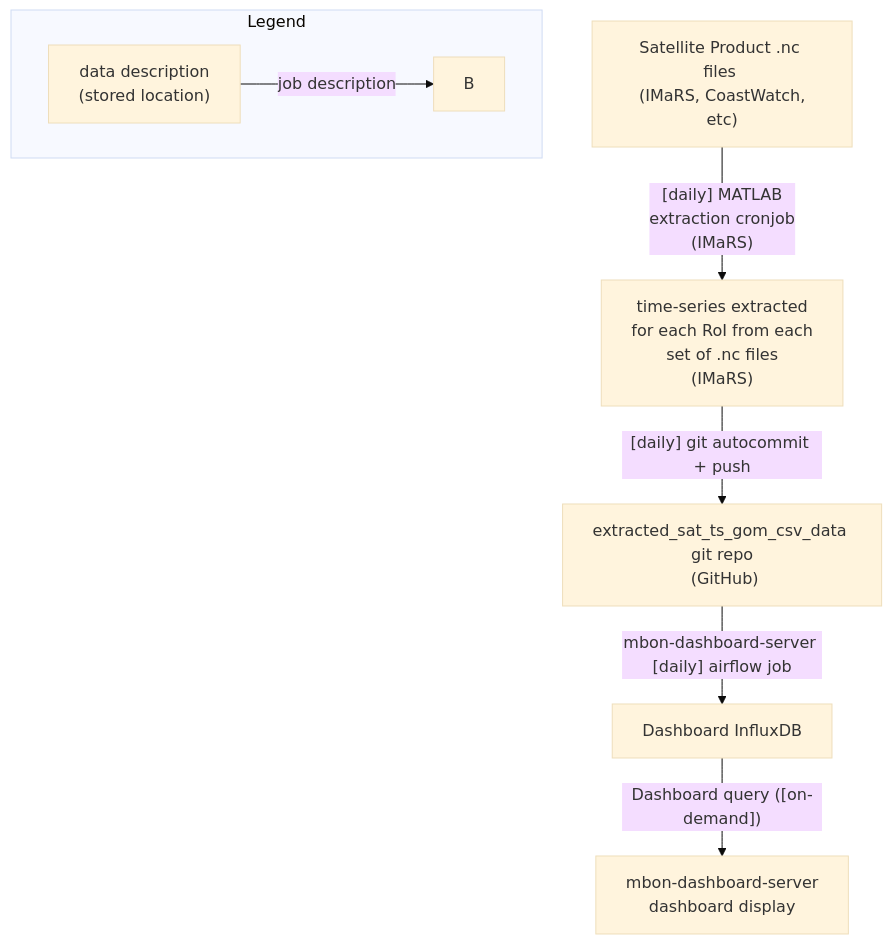
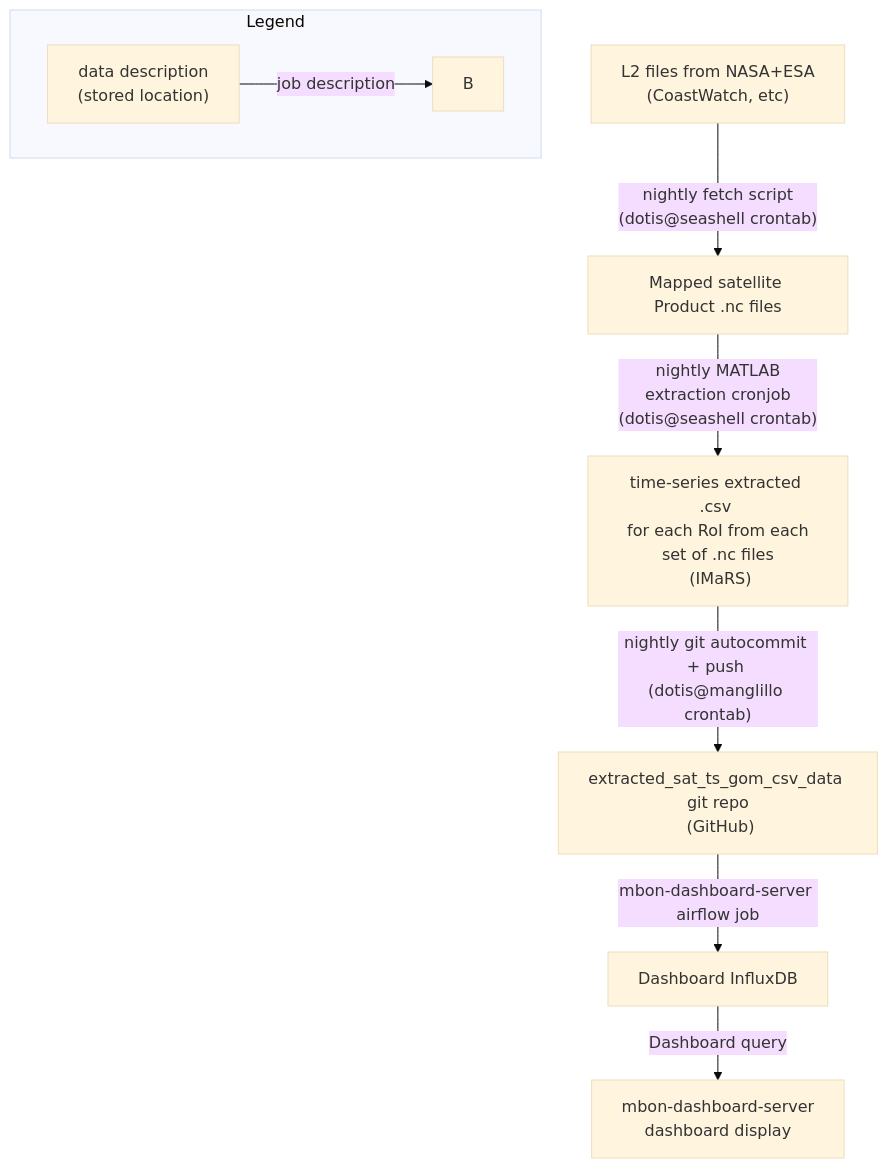
The diagram in README.md (7yl4r/extracted_sat_ts_gom_csv_data), drawn with Mermaid (base theme) before and after one commit.

Commit message:
more detail for diagram

````diff
--- a/README.md
+++ b/README.md
@@ -14,24 +14,26 @@
 ```mermaid
 graph TD
 
-sat_products["Satellite Product .nc files \n (IMaRS, CoastWatch, etc)"]
-imars_csv["time-series extracted \n for each RoI from each \n set of .nc files \n (IMaRS)"];
+upstream_products["L2 files from NASA+ESA \n (CoastWatch, etc)"]
+sat_products["Mapped satellite Product .nc files"]
+imars_csv["time-series extracted .csv \n for each RoI from each \n set of .nc files \n (IMaRS)"];
 github_csv["extracted_sat_ts_gom_csv_data \n git repo \n (GitHub)"]
 influx["Dashboard InfluxDB"]
 grafana["mbon-dashboard-server \n dashboard display"]
 
+upstream_products
+  -- "nightly fetch script \n (dotis@seashell crontab)" -->
 sat_products 
-  -- "[daily] MATLAB \n extraction cronjob \n(IMaRS)" --> 
+  -- "nightly MATLAB \n extraction cronjob \n(dotis@seashell crontab)" --> 
 imars_csv
-  -- "[daily] git autocommit + push" -->
+  -- "nightly git autocommit + push \n(dotis@manglillo crontab)" -->
 github_csv
-  -- "mbon-dashboard-server [daily] airflow job" -->
+  -- "mbon-dashboard-server airflow job" -->
 influx
-  -- "Dashboard query ([on-demand])" -->
+  -- "Dashboard query" -->
 grafana
 
 subgraph Legend
     example["data description \n (stored location)"] -- "job description" --> B
 end
-
 ```
````
